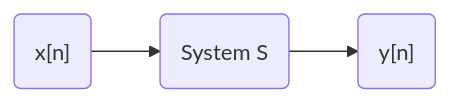
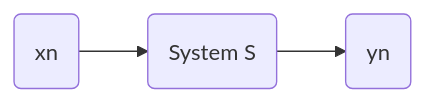
One commit to chchoiw/chchoiw.github.io changed the first of 5 diagrams in _posts/2020-04-27-signals_systems_1.md. Above: the diagram before and after it, drawn with Mermaid.

````diff
--- a/_posts/2020-04-27-signals_systems_1.md
+++ b/_posts/2020-04-27-signals_systems_1.md
@@ -17,4 +17,4 @@
 ```mermaid
 graph LR
-A("x[n]") --> B(System S) -->C("y[n]")
+A("xn") --> B(System S) -->C("yn")
 ```
````
